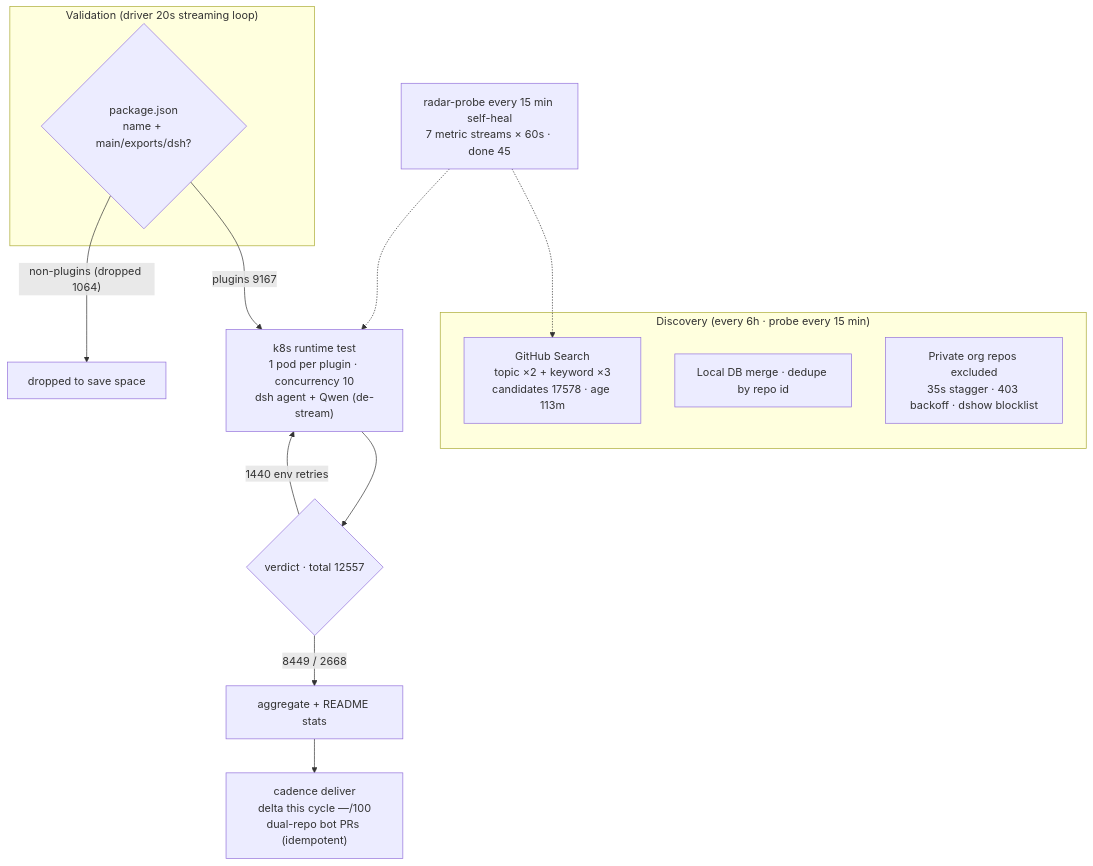
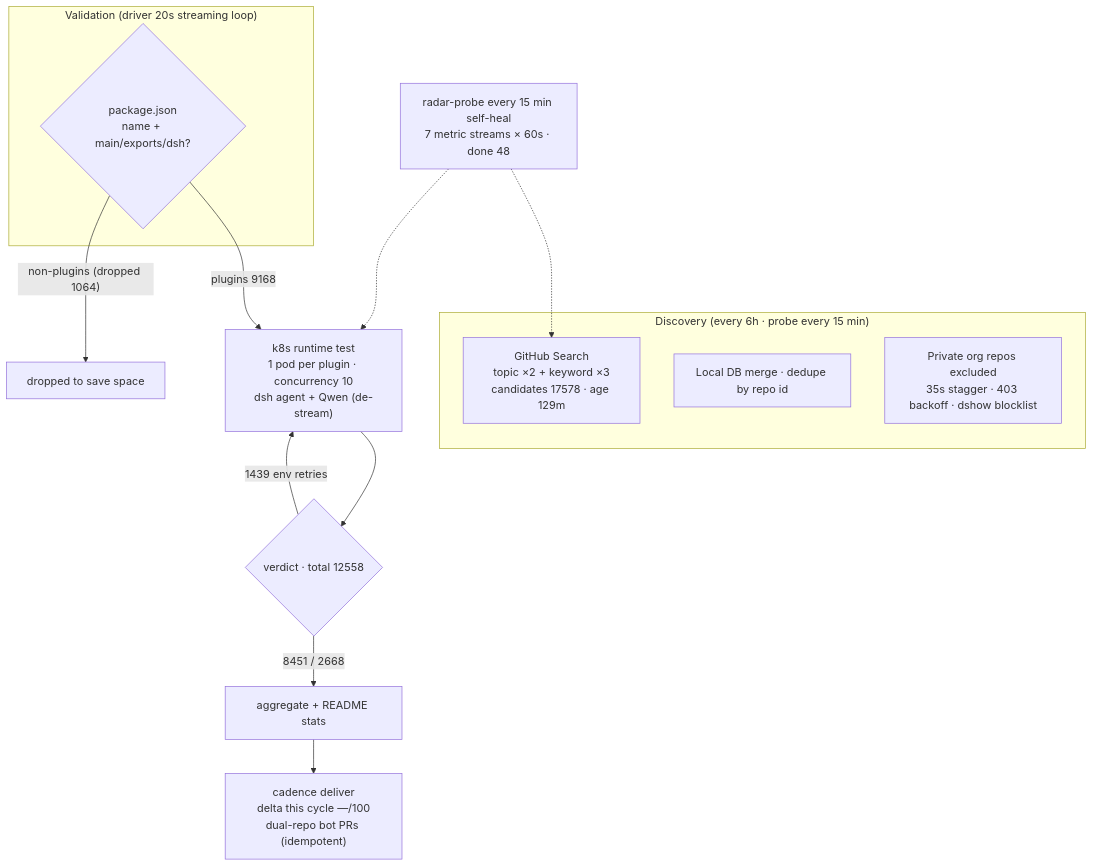
One commit to AdamPlatin123/awesome-dsh-plugins changed the diagram in README.en-US.md. Above: the diagram before and after it, drawn with Mermaid. The commit also changed other lines of this file and 5 other files, not shown here.

````diff
--- a/README.en-US.md
+++ b/README.en-US.md
@@ -45,20 +45,20 @@
 ```mermaid
 flowchart TB
     subgraph Discovery["Discovery (every 6h · probe every 15 min)"]
-        A1["GitHub Search<br/>topic ×2 + keyword ×3<br/>candidates 17578 · age 113m"]
+        A1["GitHub Search<br/>topic ×2 + keyword ×3<br/>candidates 17578 · age 129m"]
         A2["Local DB merge · dedupe by repo id"]
         A3["Private org repos excluded<br/>35s stagger · 403 backoff · dshow blocklist"]
     end
     subgraph Validation["Validation (driver 20s streaming loop)"]
         B1{"package.json<br/>name + main/exports/dsh?"}
     end
-    B1 -->|"plugins 9167"| C1["k8s runtime test<br/>1 pod per plugin · concurrency 10<br/>dsh agent + Qwen (de-stream)"]
+    B1 -->|"plugins 9168"| C1["k8s runtime test<br/>1 pod per plugin · concurrency 10<br/>dsh agent + Qwen (de-stream)"]
     B1 -->|"non-plugins (dropped 1064)"| B3["dropped to save space"]
-    C1 --> D1{"verdict · total 12557"}
-    D1 -->|"8449 / 2668"| E1["aggregate + README stats"]
-    D1 -->|"1440 env retries"| C1
+    C1 --> D1{"verdict · total 12558"}
+    D1 -->|"8451 / 2668"| E1["aggregate + README stats"]
+    D1 -->|"1439 env retries"| C1
     E1 --> E2["cadence deliver<br/>delta this cycle —/100<br/>dual-repo bot PRs (idempotent)"]
-    M["radar-probe every 15 min self-heal<br/>7 metric streams × 60s · done 45"]
+    M["radar-probe every 15 min self-heal<br/>7 metric streams × 60s · done 48"]
     M -.-> A1
     M -.-> C1
 ```
````
